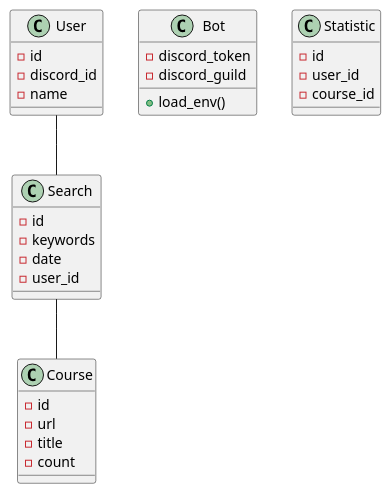
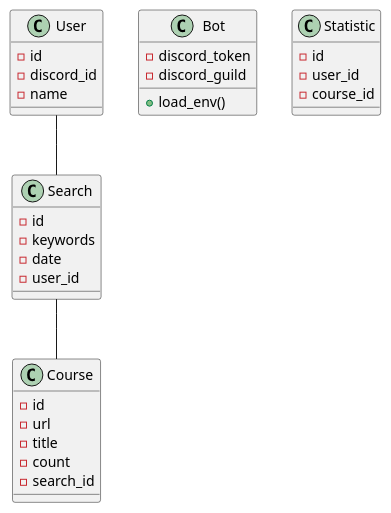
One commit to j0k3rD/Bot_Courses_UM changed the diagram in docs/diagrama_de_clases.puml. Above: the diagram before and after it, drawn with PlantUML. The commit also changed 2 other files, not shown here.

Commit message:
Created class and sequency diagrams.

```diff
--- a/docs/diagrama_de_clases.puml
+++ b/docs/diagrama_de_clases.puml
@@ -1,40 +1,39 @@
 @startuml:
 class User {
     - id
     - discord_id
     - name 
 }
  class Search{
     - id
     - keywords
     - date
     - user_id
 
  }
 
  class Course{
     - id
     - url
     - title
     - count
+    - search_id
 }
 
 class Bot{
     - discord_token
     - discord_guild
     + load_env()
-    
-
 }
 
 class Statistic{
     - id
     - user_id
     - course_id
 }
 
 User -- Search
 Search -- Course
 
 
 @enduml
```
